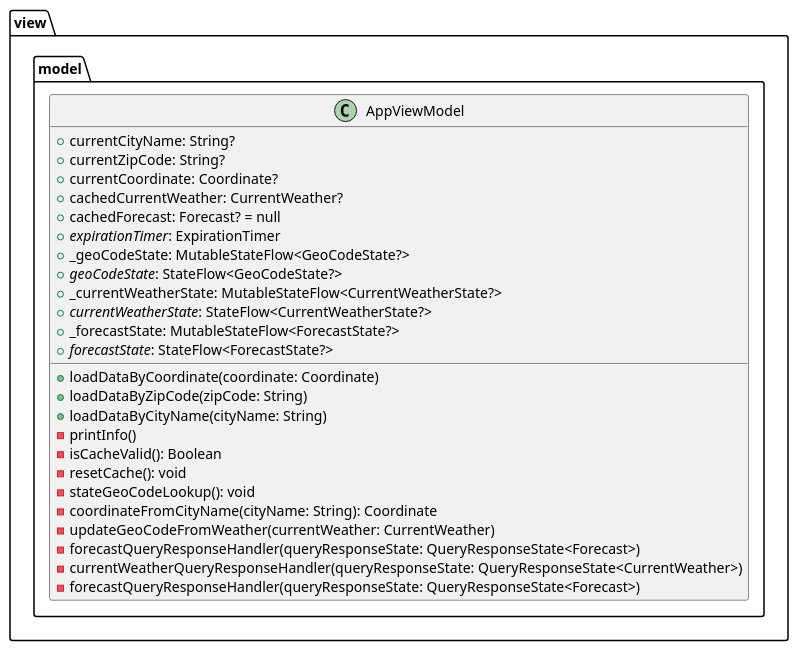
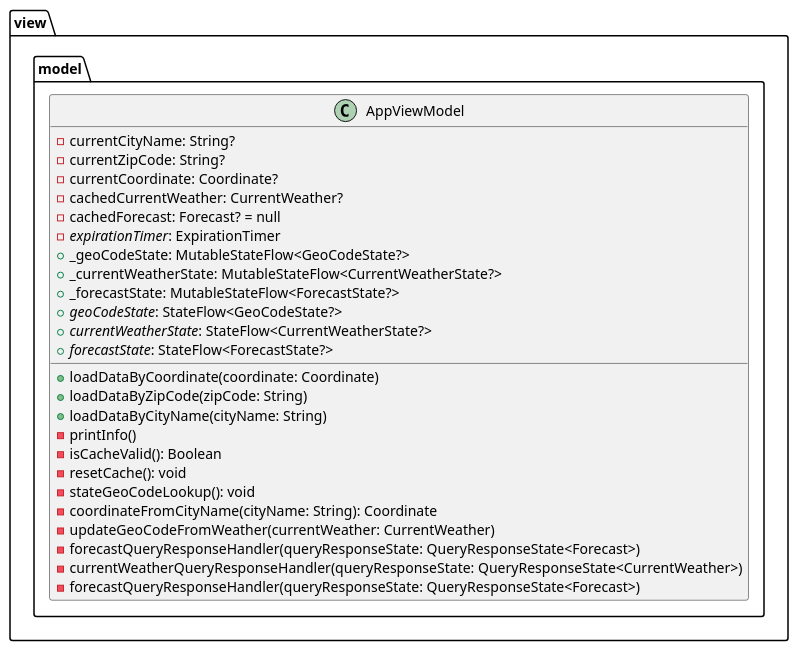
Before and after one commit to banjilawal/yahewa: the diagram in app/src/main/java/com/lawal/banji/yahewa/view/model/pkg-info.md, drawn with PlantUML. The commit also changed 4 other files, not shown here.

````diff
--- a/app/src/main/java/com/lawal/banji/yahewa/view/model/pkg-info.md
+++ b/app/src/main/java/com/lawal/banji/yahewa/view/model/pkg-info.md
@@ -10,32 +10,32 @@
 ```plantuml
 @startuml
 package view.model {
     class AppViewModel {
-        + currentCityName: String?
-        + currentZipCode: String?
-        + currentCoordinate: Coordinate?
-        + cachedCurrentWeather: CurrentWeather?
-        + cachedForecast: Forecast? = null
-        + <i>expirationTimer</i>: ExpirationTimer
+        - currentCityName: String?
+        - currentZipCode: String?
+        - currentCoordinate: Coordinate?
+        - cachedCurrentWeather: CurrentWeather?
+        - cachedForecast: Forecast? = null
+        - <i>expirationTimer</i>: ExpirationTimer
         + _geoCodeState: MutableStateFlow<GeoCodeState?>
+        + _currentWeatherState: MutableStateFlow<CurrentWeatherState?>
+        + _forecastState: MutableStateFlow<ForecastState?>
         + <i>geoCodeState</i>: StateFlow<GeoCodeState?>
-        + _currentWeatherState: MutableStateFlow<CurrentWeatherState?>
         + <i>currentWeatherState</i>: StateFlow<CurrentWeatherState?>
-        + _forecastState: MutableStateFlow<ForecastState?>
         + <i>forecastState</i>: StateFlow<ForecastState?>
          + loadDataByCoordinate(coordinate: Coordinate)
          + loadDataByZipCode(zipCode: String)
          + loadDataByCityName(cityName: String)
          - printInfo()
           - isCacheValid(): Boolean 
          - resetCache(): void
          - stateGeoCodeLookup(): void
          - coordinateFromCityName(cityName: String): Coordinate
         - updateGeoCodeFromWeather(currentWeather: CurrentWeather) 
         - forecastQueryResponseHandler(queryResponseState: QueryResponseState<Forecast>)
         - currentWeatherQueryResponseHandler(queryResponseState: QueryResponseState<CurrentWeather>)
         - forecastQueryResponseHandler(queryResponseState: QueryResponseState<Forecast>) 
     }
 }
 @enduml
 ```
````
